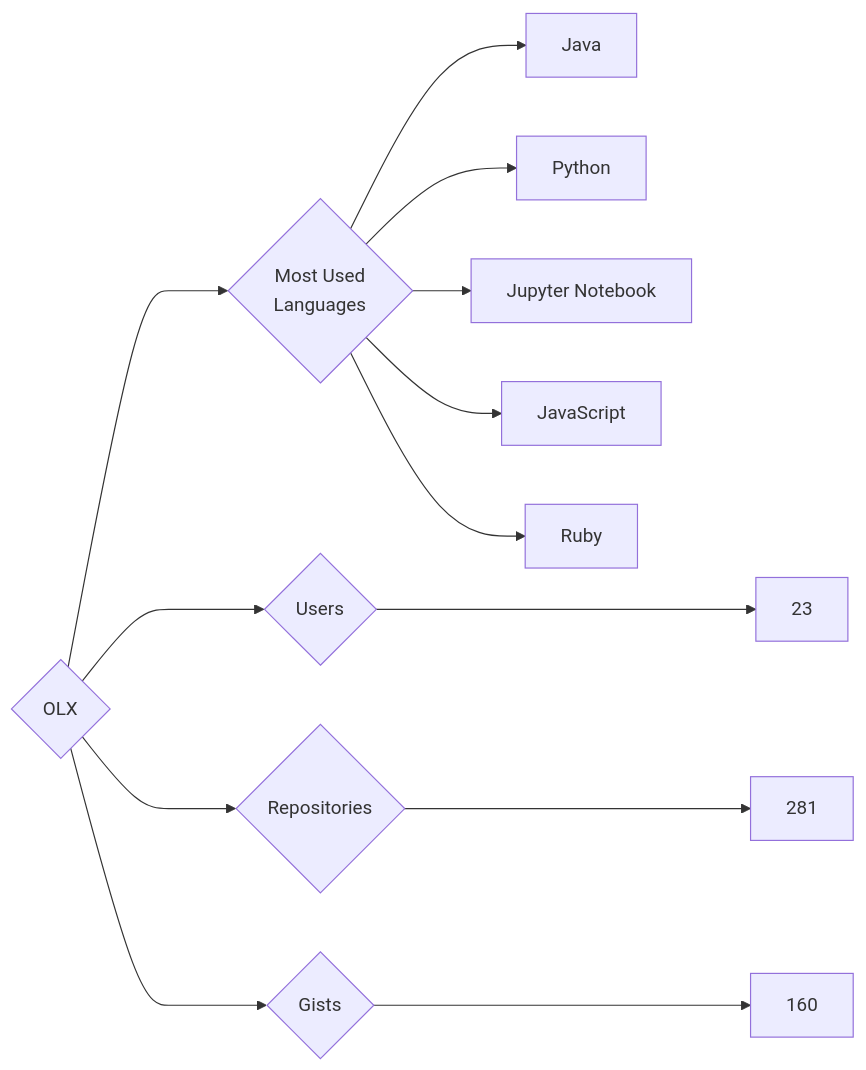
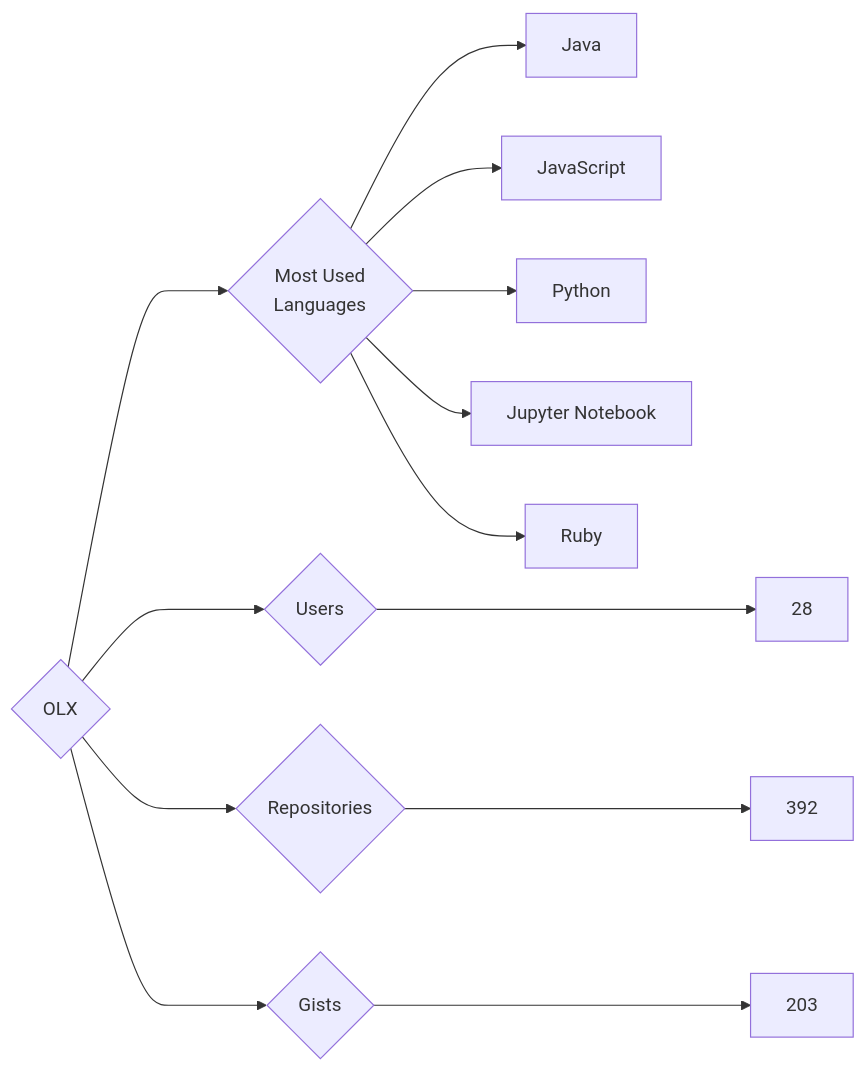
The diagram in targets/OLX/README.md (trickest/insiders), drawn with Mermaid before and after one commit. The commit also changed 1011 other files, not shown here.

````diff
--- a/targets/OLX/README.md
+++ b/targets/OLX/README.md
@@ -3,13 +3,13 @@
 ```mermaid
 graph LR
 COMPANY_NAME{OLX}
-COMPANY_NAME ---> U{Users} ---> UN[23]
-COMPANY_NAME ---> R{Repositories} ---> RN[281]
-COMPANY_NAME ---> G{Gists} ---> GN[160]
+COMPANY_NAME ---> U{Users} ---> UN[28]
+COMPANY_NAME ---> R{Repositories} ---> RN[392]
+COMPANY_NAME ---> G{Gists} ---> GN[203]
 COMPANY_NAME ---> ML{Most Used<br>Languages}
 ML --> Java[Java]
+ML --> JavaScript[JavaScript]
 ML --> Python[Python]
 ML --> Jupyter_Notebook[Jupyter Notebook]
-ML --> JavaScript[JavaScript]
 ML --> Ruby[Ruby]
 ```
````
